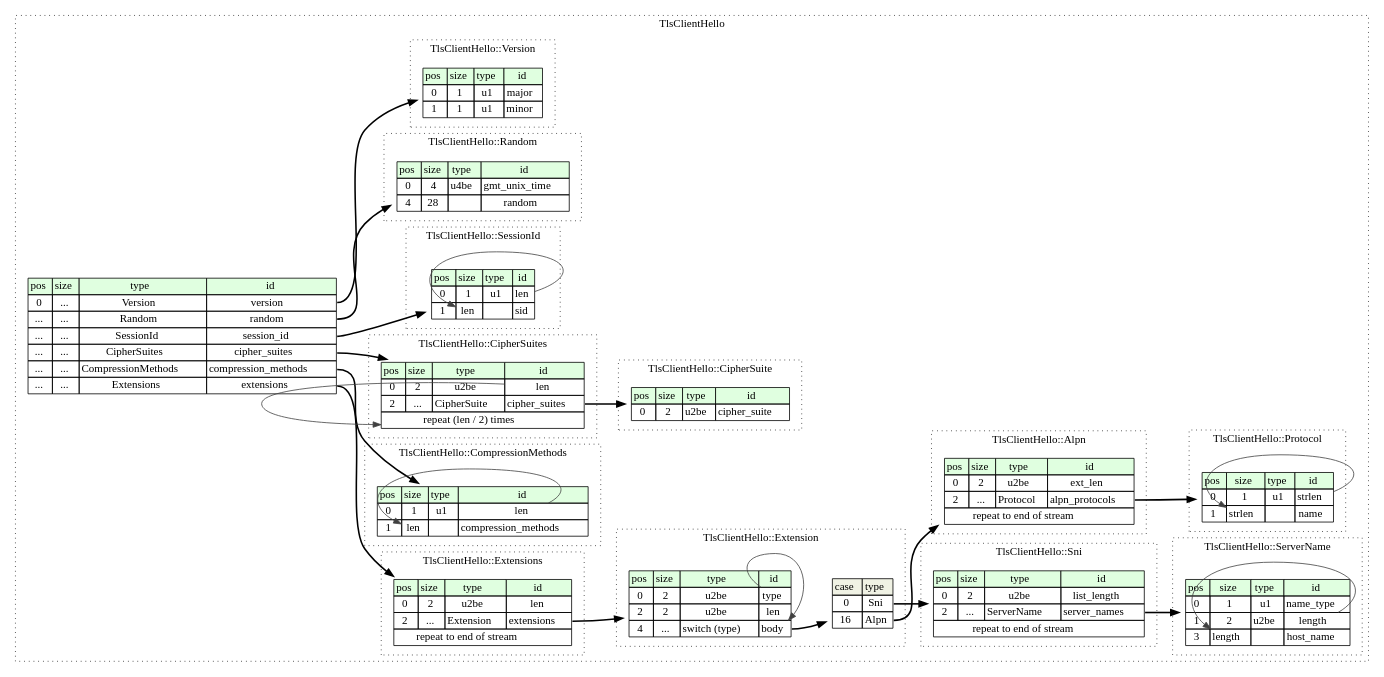
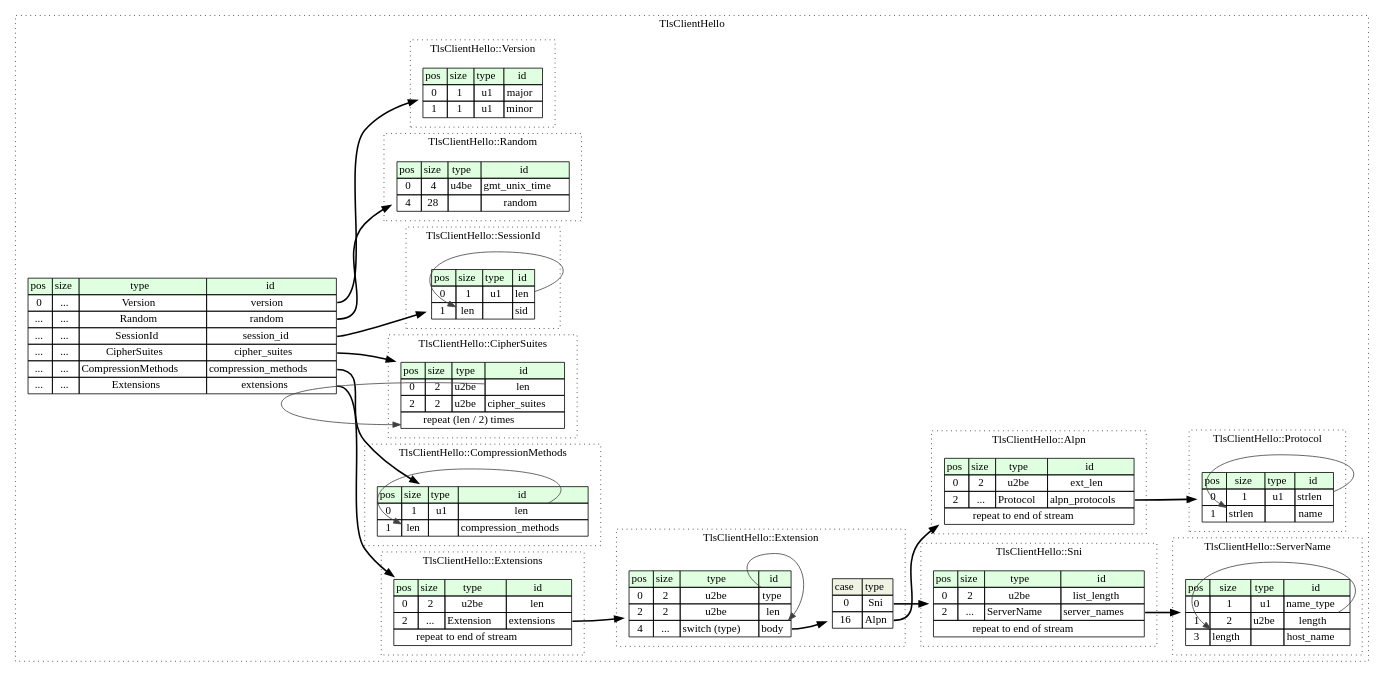
One commit to kaitai-io/formats-kaitai-io.github.io changed the diagram in tls_client_hello/src/graphviz/tls_client_hello.dot. Above: the diagram before and after it, drawn with Graphviz. The commit also changed 48 other files, not shown here.

```diff
--- a/tls_client_hello/src/graphviz/tls_client_hello.dot
+++ b/tls_client_hello/src/graphviz/tls_client_hello.dot
@@ -1,167 +1,157 @@
 digraph {
 	rankdir=LR;
 	node [shape=plaintext];
 	subgraph cluster__tls_client_hello {
 		label="TlsClientHello";
 		graph[style=dotted];
 
 		tls_client_hello__seq [label=<<TABLE BORDER="0" CELLBORDER="1" CELLSPACING="0">
 			<TR><TD BGCOLOR="#E0FFE0">pos</TD><TD BGCOLOR="#E0FFE0">size</TD><TD BGCOLOR="#E0FFE0">type</TD><TD BGCOLOR="#E0FFE0">id</TD></TR>
 			<TR><TD PORT="version_pos">0</TD><TD PORT="version_size">...</TD><TD>Version</TD><TD PORT="version_type">version</TD></TR>
 			<TR><TD PORT="random_pos">...</TD><TD PORT="random_size">...</TD><TD>Random</TD><TD PORT="random_type">random</TD></TR>
 			<TR><TD PORT="session_id_pos">...</TD><TD PORT="session_id_size">...</TD><TD>SessionId</TD><TD PORT="session_id_type">session_id</TD></TR>
 			<TR><TD PORT="cipher_suites_pos">...</TD><TD PORT="cipher_suites_size">...</TD><TD>CipherSuites</TD><TD PORT="cipher_suites_type">cipher_suites</TD></TR>
 			<TR><TD PORT="compression_methods_pos">...</TD><TD PORT="compression_methods_size">...</TD><TD>CompressionMethods</TD><TD PORT="compression_methods_type">compression_methods</TD></TR>
 			<TR><TD PORT="extensions_pos">...</TD><TD PORT="extensions_size">...</TD><TD>Extensions</TD><TD PORT="extensions_type">extensions</TD></TR>
 		</TABLE>>];
 		subgraph cluster__server_name {
 			label="TlsClientHello::ServerName";
 			graph[style=dotted];
 
 			server_name__seq [label=<<TABLE BORDER="0" CELLBORDER="1" CELLSPACING="0">
 				<TR><TD BGCOLOR="#E0FFE0">pos</TD><TD BGCOLOR="#E0FFE0">size</TD><TD BGCOLOR="#E0FFE0">type</TD><TD BGCOLOR="#E0FFE0">id</TD></TR>
 				<TR><TD PORT="name_type_pos">0</TD><TD PORT="name_type_size">1</TD><TD>u1</TD><TD PORT="name_type_type">name_type</TD></TR>
 				<TR><TD PORT="length_pos">1</TD><TD PORT="length_size">2</TD><TD>u2be</TD><TD PORT="length_type">length</TD></TR>
 				<TR><TD PORT="host_name_pos">3</TD><TD PORT="host_name_size">length</TD><TD></TD><TD PORT="host_name_type">host_name</TD></TR>
 			</TABLE>>];
 		}
 		subgraph cluster__random {
 			label="TlsClientHello::Random";
 			graph[style=dotted];
 
 			random__seq [label=<<TABLE BORDER="0" CELLBORDER="1" CELLSPACING="0">
 				<TR><TD BGCOLOR="#E0FFE0">pos</TD><TD BGCOLOR="#E0FFE0">size</TD><TD BGCOLOR="#E0FFE0">type</TD><TD BGCOLOR="#E0FFE0">id</TD></TR>
 				<TR><TD PORT="gmt_unix_time_pos">0</TD><TD PORT="gmt_unix_time_size">4</TD><TD>u4be</TD><TD PORT="gmt_unix_time_type">gmt_unix_time</TD></TR>
 				<TR><TD PORT="random_pos">4</TD><TD PORT="random_size">28</TD><TD></TD><TD PORT="random_type">random</TD></TR>
 			</TABLE>>];
 		}
 		subgraph cluster__session_id {
 			label="TlsClientHello::SessionId";
 			graph[style=dotted];
 
 			session_id__seq [label=<<TABLE BORDER="0" CELLBORDER="1" CELLSPACING="0">
 				<TR><TD BGCOLOR="#E0FFE0">pos</TD><TD BGCOLOR="#E0FFE0">size</TD><TD BGCOLOR="#E0FFE0">type</TD><TD BGCOLOR="#E0FFE0">id</TD></TR>
 				<TR><TD PORT="len_pos">0</TD><TD PORT="len_size">1</TD><TD>u1</TD><TD PORT="len_type">len</TD></TR>
 				<TR><TD PORT="sid_pos">1</TD><TD PORT="sid_size">len</TD><TD></TD><TD PORT="sid_type">sid</TD></TR>
 			</TABLE>>];
 		}
 		subgraph cluster__sni {
 			label="TlsClientHello::Sni";
 			graph[style=dotted];
 
 			sni__seq [label=<<TABLE BORDER="0" CELLBORDER="1" CELLSPACING="0">
 				<TR><TD BGCOLOR="#E0FFE0">pos</TD><TD BGCOLOR="#E0FFE0">size</TD><TD BGCOLOR="#E0FFE0">type</TD><TD BGCOLOR="#E0FFE0">id</TD></TR>
 				<TR><TD PORT="list_length_pos">0</TD><TD PORT="list_length_size">2</TD><TD>u2be</TD><TD PORT="list_length_type">list_length</TD></TR>
 				<TR><TD PORT="server_names_pos">2</TD><TD PORT="server_names_size">...</TD><TD>ServerName</TD><TD PORT="server_names_type">server_names</TD></TR>
 				<TR><TD COLSPAN="4" PORT="server_names__repeat">repeat to end of stream</TD></TR>
 			</TABLE>>];
 		}
 		subgraph cluster__cipher_suites {
 			label="TlsClientHello::CipherSuites";
 			graph[style=dotted];
 
 			cipher_suites__seq [label=<<TABLE BORDER="0" CELLBORDER="1" CELLSPACING="0">
 				<TR><TD BGCOLOR="#E0FFE0">pos</TD><TD BGCOLOR="#E0FFE0">size</TD><TD BGCOLOR="#E0FFE0">type</TD><TD BGCOLOR="#E0FFE0">id</TD></TR>
 				<TR><TD PORT="len_pos">0</TD><TD PORT="len_size">2</TD><TD>u2be</TD><TD PORT="len_type">len</TD></TR>
-				<TR><TD PORT="cipher_suites_pos">2</TD><TD PORT="cipher_suites_size">...</TD><TD>CipherSuite</TD><TD PORT="cipher_suites_type">cipher_suites</TD></TR>
+				<TR><TD PORT="cipher_suites_pos">2</TD><TD PORT="cipher_suites_size">2</TD><TD>u2be</TD><TD PORT="cipher_suites_type">cipher_suites</TD></TR>
 				<TR><TD COLSPAN="4" PORT="cipher_suites__repeat">repeat (len / 2) times</TD></TR>
 			</TABLE>>];
 		}
 		subgraph cluster__compression_methods {
 			label="TlsClientHello::CompressionMethods";
 			graph[style=dotted];
 
 			compression_methods__seq [label=<<TABLE BORDER="0" CELLBORDER="1" CELLSPACING="0">
 				<TR><TD BGCOLOR="#E0FFE0">pos</TD><TD BGCOLOR="#E0FFE0">size</TD><TD BGCOLOR="#E0FFE0">type</TD><TD BGCOLOR="#E0FFE0">id</TD></TR>
 				<TR><TD PORT="len_pos">0</TD><TD PORT="len_size">1</TD><TD>u1</TD><TD PORT="len_type">len</TD></TR>
 				<TR><TD PORT="compression_methods_pos">1</TD><TD PORT="compression_methods_size">len</TD><TD></TD><TD PORT="compression_methods_type">compression_methods</TD></TR>
 			</TABLE>>];
 		}
 		subgraph cluster__alpn {
 			label="TlsClientHello::Alpn";
 			graph[style=dotted];
 
 			alpn__seq [label=<<TABLE BORDER="0" CELLBORDER="1" CELLSPACING="0">
 				<TR><TD BGCOLOR="#E0FFE0">pos</TD><TD BGCOLOR="#E0FFE0">size</TD><TD BGCOLOR="#E0FFE0">type</TD><TD BGCOLOR="#E0FFE0">id</TD></TR>
 				<TR><TD PORT="ext_len_pos">0</TD><TD PORT="ext_len_size">2</TD><TD>u2be</TD><TD PORT="ext_len_type">ext_len</TD></TR>
 				<TR><TD PORT="alpn_protocols_pos">2</TD><TD PORT="alpn_protocols_size">...</TD><TD>Protocol</TD><TD PORT="alpn_protocols_type">alpn_protocols</TD></TR>
 				<TR><TD COLSPAN="4" PORT="alpn_protocols__repeat">repeat to end of stream</TD></TR>
 			</TABLE>>];
 		}
 		subgraph cluster__extensions {
 			label="TlsClientHello::Extensions";
 			graph[style=dotted];
 
 			extensions__seq [label=<<TABLE BORDER="0" CELLBORDER="1" CELLSPACING="0">
 				<TR><TD BGCOLOR="#E0FFE0">pos</TD><TD BGCOLOR="#E0FFE0">size</TD><TD BGCOLOR="#E0FFE0">type</TD><TD BGCOLOR="#E0FFE0">id</TD></TR>
 				<TR><TD PORT="len_pos">0</TD><TD PORT="len_size">2</TD><TD>u2be</TD><TD PORT="len_type">len</TD></TR>
 				<TR><TD PORT="extensions_pos">2</TD><TD PORT="extensions_size">...</TD><TD>Extension</TD><TD PORT="extensions_type">extensions</TD></TR>
 				<TR><TD COLSPAN="4" PORT="extensions__repeat">repeat to end of stream</TD></TR>
 			</TABLE>>];
 		}
 		subgraph cluster__version {
 			label="TlsClientHello::Version";
 			graph[style=dotted];
 
 			version__seq [label=<<TABLE BORDER="0" CELLBORDER="1" CELLSPACING="0">
 				<TR><TD BGCOLOR="#E0FFE0">pos</TD><TD BGCOLOR="#E0FFE0">size</TD><TD BGCOLOR="#E0FFE0">type</TD><TD BGCOLOR="#E0FFE0">id</TD></TR>
 				<TR><TD PORT="major_pos">0</TD><TD PORT="major_size">1</TD><TD>u1</TD><TD PORT="major_type">major</TD></TR>
 				<TR><TD PORT="minor_pos">1</TD><TD PORT="minor_size">1</TD><TD>u1</TD><TD PORT="minor_type">minor</TD></TR>
 			</TABLE>>];
 		}
-		subgraph cluster__cipher_suite {
-			label="TlsClientHello::CipherSuite";
-			graph[style=dotted];
-
-			cipher_suite__seq [label=<<TABLE BORDER="0" CELLBORDER="1" CELLSPACING="0">
-				<TR><TD BGCOLOR="#E0FFE0">pos</TD><TD BGCOLOR="#E0FFE0">size</TD><TD BGCOLOR="#E0FFE0">type</TD><TD BGCOLOR="#E0FFE0">id</TD></TR>
-				<TR><TD PORT="cipher_suite_pos">0</TD><TD PORT="cipher_suite_size">2</TD><TD>u2be</TD><TD PORT="cipher_suite_type">cipher_suite</TD></TR>
-			</TABLE>>];
-		}
 		subgraph cluster__protocol {
 			label="TlsClientHello::Protocol";
 			graph[style=dotted];
 
 			protocol__seq [label=<<TABLE BORDER="0" CELLBORDER="1" CELLSPACING="0">
 				<TR><TD BGCOLOR="#E0FFE0">pos</TD><TD BGCOLOR="#E0FFE0">size</TD><TD BGCOLOR="#E0FFE0">type</TD><TD BGCOLOR="#E0FFE0">id</TD></TR>
 				<TR><TD PORT="strlen_pos">0</TD><TD PORT="strlen_size">1</TD><TD>u1</TD><TD PORT="strlen_type">strlen</TD></TR>
 				<TR><TD PORT="name_pos">1</TD><TD PORT="name_size">strlen</TD><TD></TD><TD PORT="name_type">name</TD></TR>
 			</TABLE>>];
 		}
 		subgraph cluster__extension {
 			label="TlsClientHello::Extension";
 			graph[style=dotted];
 
 			extension__seq [label=<<TABLE BORDER="0" CELLBORDER="1" CELLSPACING="0">
 				<TR><TD BGCOLOR="#E0FFE0">pos</TD><TD BGCOLOR="#E0FFE0">size</TD><TD BGCOLOR="#E0FFE0">type</TD><TD BGCOLOR="#E0FFE0">id</TD></TR>
 				<TR><TD PORT="type_pos">0</TD><TD PORT="type_size">2</TD><TD>u2be</TD><TD PORT="type_type">type</TD></TR>
 				<TR><TD PORT="len_pos">2</TD><TD PORT="len_size">2</TD><TD>u2be</TD><TD PORT="len_type">len</TD></TR>
 				<TR><TD PORT="body_pos">4</TD><TD PORT="body_size">...</TD><TD>switch (type)</TD><TD PORT="body_type">body</TD></TR>
 			</TABLE>>];
 extension__seq_body_switch [label=<<TABLE BORDER="0" CELLBORDER="1" CELLSPACING="0">
 	<TR><TD BGCOLOR="#F0F2E4">case</TD><TD BGCOLOR="#F0F2E4">type</TD></TR>
 	<TR><TD>0</TD><TD PORT="case0">Sni</TD></TR>
 	<TR><TD>16</TD><TD PORT="case1">Alpn</TD></TR>
 </TABLE>>];
 		}
 	}
 	tls_client_hello__seq:version_type -> version__seq [style=bold];
 	tls_client_hello__seq:random_type -> random__seq [style=bold];
 	tls_client_hello__seq:session_id_type -> session_id__seq [style=bold];
 	tls_client_hello__seq:cipher_suites_type -> cipher_suites__seq [style=bold];
 	tls_client_hello__seq:compression_methods_type -> compression_methods__seq [style=bold];
 	tls_client_hello__seq:extensions_type -> extensions__seq [style=bold];
 	server_name__seq:length_type -> server_name__seq:host_name_size [color="#404040"];
 	session_id__seq:len_type -> session_id__seq:sid_size [color="#404040"];
 	sni__seq:server_names_type -> server_name__seq [style=bold];
-	cipher_suites__seq:cipher_suites_type -> cipher_suite__seq [style=bold];
 	cipher_suites__seq:len_type -> cipher_suites__seq:cipher_suites__repeat [color="#404040"];
 	compression_methods__seq:len_type -> compression_methods__seq:compression_methods_size [color="#404040"];
 	alpn__seq:alpn_protocols_type -> protocol__seq [style=bold];
 	extensions__seq:extensions_type -> extension__seq [style=bold];
 	protocol__seq:strlen_type -> protocol__seq:name_size [color="#404040"];
 	extension__seq:body_type -> extension__seq_body_switch [style=bold];
 	extension__seq_body_switch:case0 -> sni__seq [style=bold];
 	extension__seq_body_switch:case1 -> alpn__seq [style=bold];
 	extension__seq:type_type -> extension__seq:body_type [color="#404040"];
 }
```
